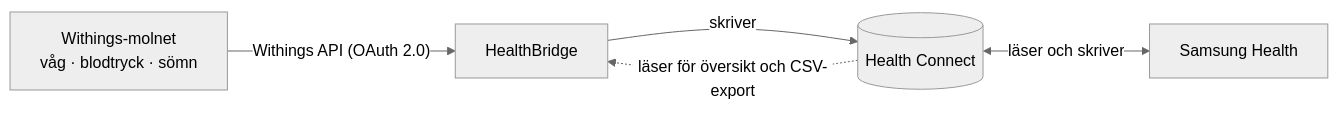
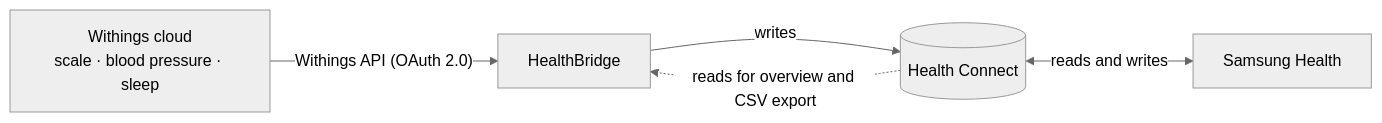
Before and after one commit to Mad-Mange/HealthBridge: the diagram in README.md, drawn with Mermaid (neutral theme). The commit also changed other lines of this file and 26 other files, not shown here.

````diff
--- a/README.md
+++ b/README.md
@@ -18,7 +19,7 @@
 ```mermaid
 flowchart LR
-    W["Withings-molnet<br/>våg · blodtryck · sömn"] -->|"Withings API (OAuth 2.0)"| HB["HealthBridge"]
-    HB -->|"skriver"| HC[("Health Connect")]
-    HC <-->|"läser och skriver"| SH["Samsung Health"]
-    HC -.->|"läser för översikt och CSV-export"| HB
+    W["Withings cloud<br/>scale · blood pressure · sleep"] -->|"Withings API (OAuth 2.0)"| HB["HealthBridge"]
+    HB -->|"writes"| HC[("Health Connect")]
+    HC <-->|"reads and writes"| SH["Samsung Health"]
+    HC -.->|"reads for overview and CSV export"| HB
 ```
````
